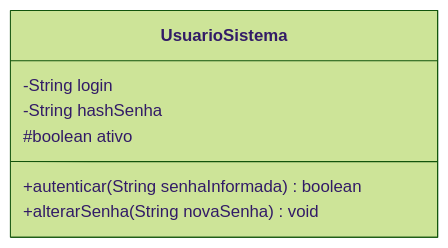
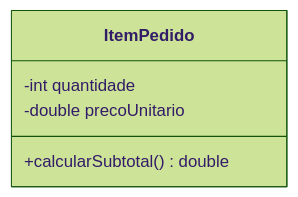
Diagram 14 of 24 in 4º Semestre/[Prof. Wesley Soares] Engenharia de Software II/Resumos-IA/Simulados-Comentados.md (murilolol/unifef), drawn with Mermaid (forest theme) before and after one commit. The commit also changed other lines of this file and 10 other files, not shown here.

````diff
--- a/4º Semestre/[Prof. Wesley Soares] Engenharia de Software II/Resumos-IA/Simulados-Comentados.md
+++ b/4º Semestre/[Prof. Wesley Soares] Engenharia de Software II/Resumos-IA/Simulados-Comentados.md
@@ -750,10 +772,8 @@
 ```mermaid
 classDiagram
- class UsuarioSistema {
- -String login
- -String hashSenha
- #boolean ativo
- +autenticar(String senhaInformada) boolean
- +alterarSenha(String novaSenha) void
- }
+    class ItemPedido {
+        -int quantidade
+        -double precoUnitario
+        +calcularSubtotal() double
+    }
 ```
````
